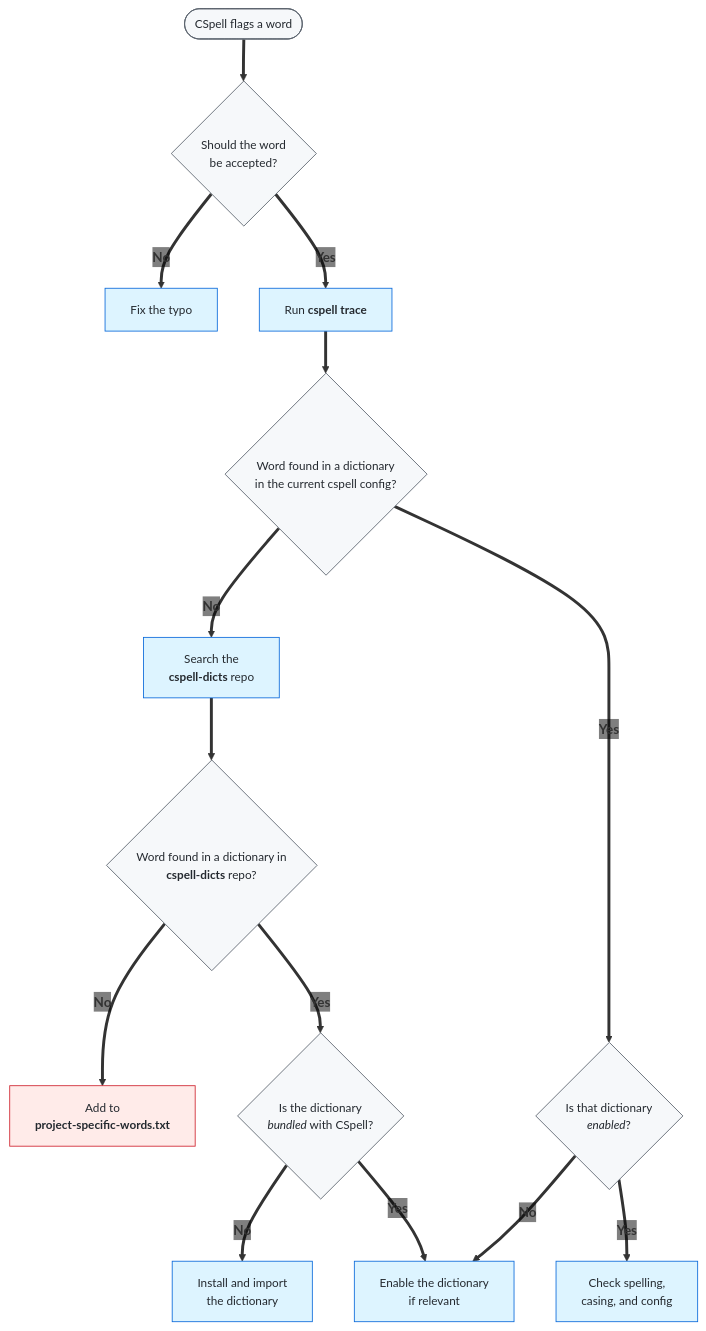
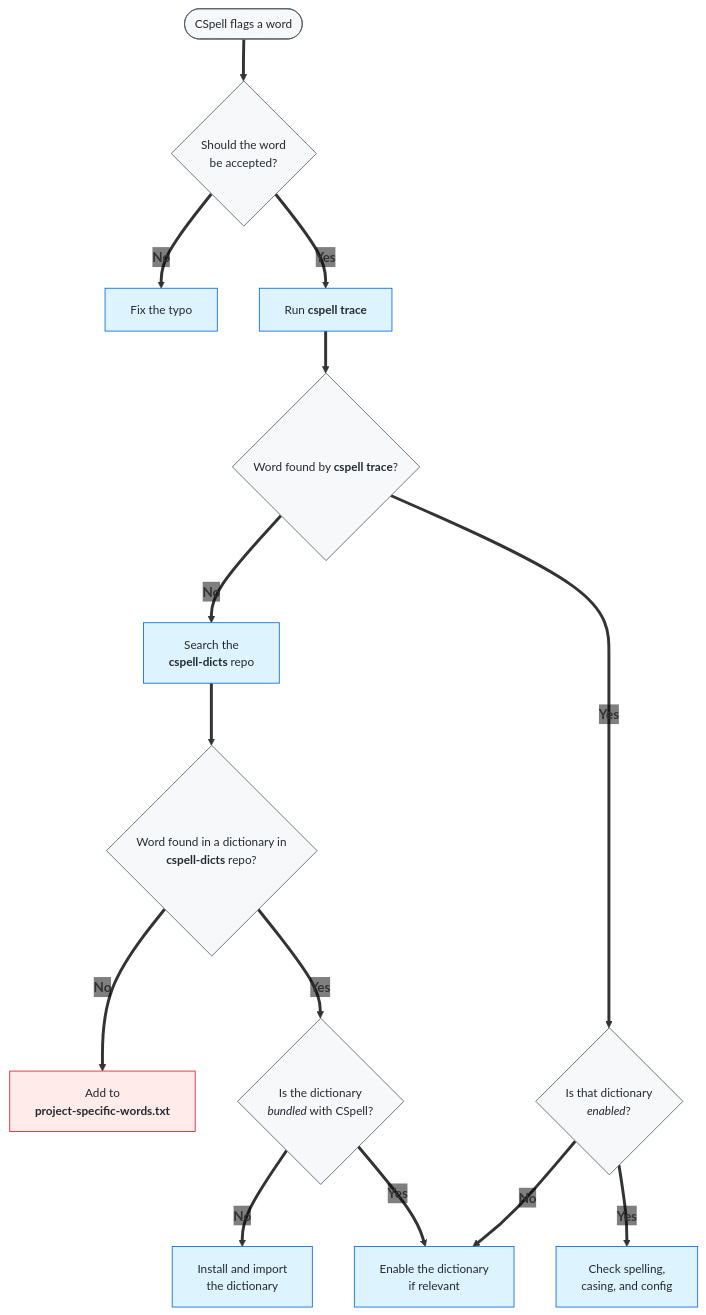
One commit to ScilifelabDataCentre/data-centre-template changed the diagram in .config/cspell/README.md. Above: the diagram before and after it, drawn with Mermaid.

````diff
--- a/.config/cspell/README.md
+++ b/.config/cspell/README.md
@@ -74,36 +74,36 @@
 ```mermaid
 ---
 config:
   themeVariables:
     edgeLabelBackground: transparent
 ---
 flowchart TD
     A([CSpell flags a word]) ==> B{Should the word<br/>be accepted?}
 
     B ==>|"`**No**`"| C[Fix the typo]
     B ==>|"`**Yes**`"| D["`Run **cspell trace**`"]
 
-    D ==> E{"`Word found in a dictionary<br/>in the current cspell config?`"}
+    D ==> E{"`Word found by **cspell trace**?`"}
 
     E ==>|"`**No**`"| I["`Search the </br> **cspell-dicts** repo`"]
     E ==>|"`**Yes**`"| F{"`Is that dictionary<br/>_enabled_?`"}
 
     F ==>|"`**No**`"| H[Enable the dictionary<br/>if relevant]
     F ==>|"`**Yes**`"| G[Check spelling,<br/>casing, and config]
 
     I ==> J{"`Word found in a dictionary in </br> **cspell-dicts** repo?`"}
 
     J ==>|"`**No**`"| M["`Add to <br/> **project-specific-words.txt**`"]
     J ==>|"`**Yes**`"| K{"`Is the dictionary<br/>_bundled_ with CSpell?`"}
 
     K ==>|"`**No**`"| L[Install and import<br/>the dictionary]
     K ==>|"`**Yes**`"| H
 
     classDef neutral fill:#f6f8fa,stroke:#57606a,color:#24292f,font-size:14px;
     classDef do fill:#ddf4ff,stroke:#0969da,color:#24292f,font-size:14px;
     classDef fallback fill:#ffebe9,stroke:#cf222e,color:#24292f,font-size:14px;
 
     class A,B,E,F,J,K neutral; 
     class C,D,G,H,I,L do;
     class M fallback;
 ```
````
